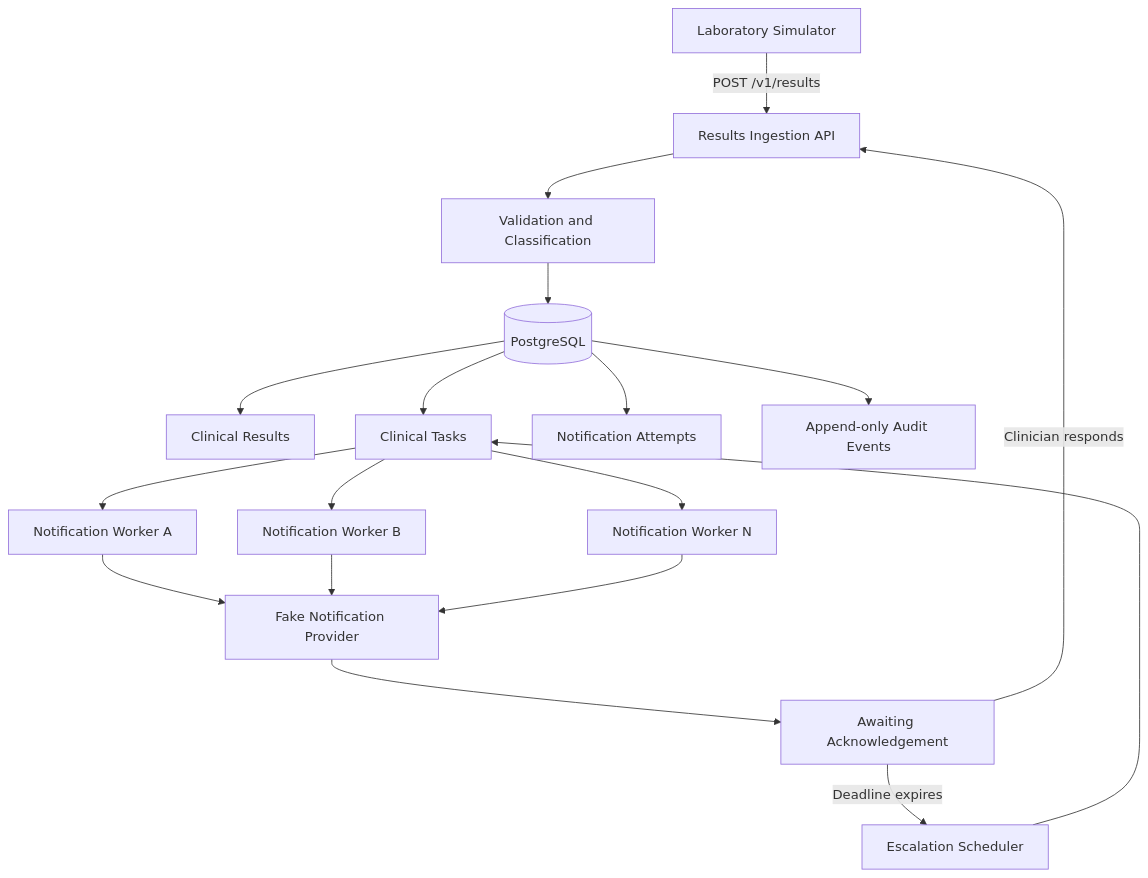
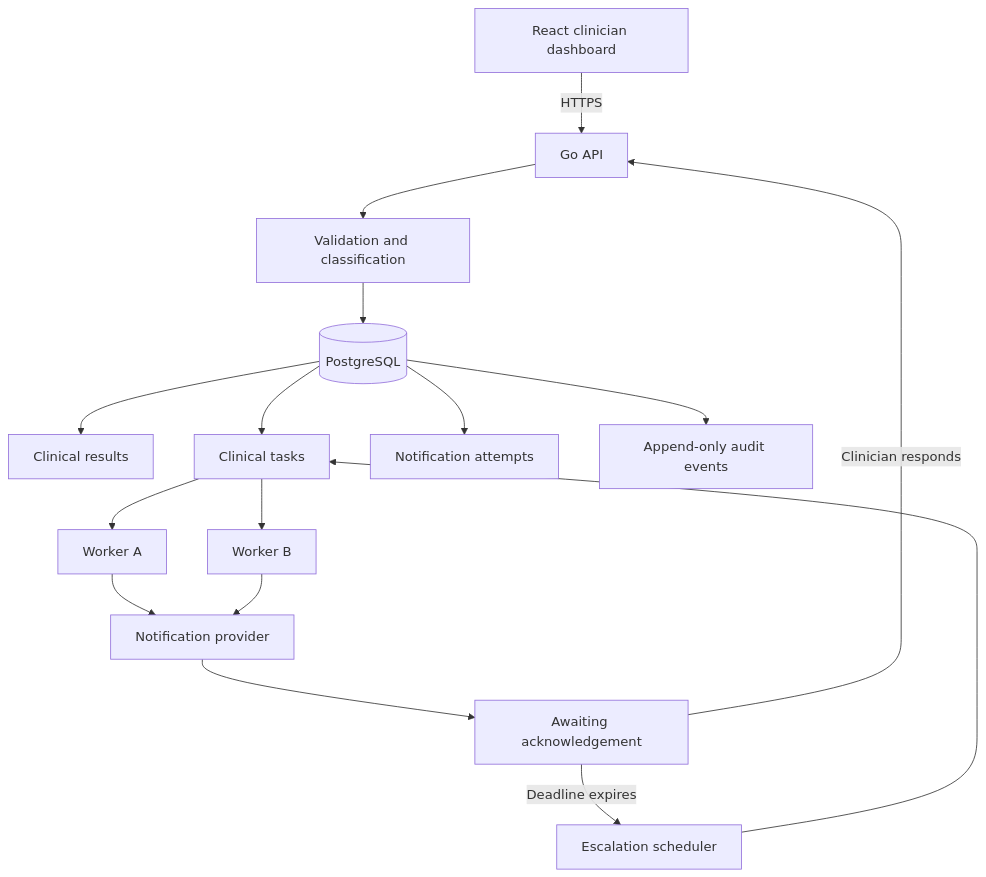
The first of 3 diagrams in README.md (shraddharanjan/clinical-results-escalation-engine), drawn with Mermaid before and after one commit. The commit also changed other lines of this file and 4 other files, not shown here.

````diff
--- a/README.md
+++ b/README.md
@@ -53,27 +53,21 @@
 ```mermaid
 flowchart TD
-    L[Laboratory Simulator] -->|POST /v1/results| API[Results Ingestion API]
-
-    API --> V[Validation and Classification]
+    UI[React clinician dashboard] -->|HTTPS| API[Go API]
+    API --> V[Validation and classification]
     V --> DB[(PostgreSQL)]
 
-    DB --> R[Clinical Results]
-    DB --> T[Clinical Tasks]
-    DB --> N[Notification Attempts]
-    DB --> A[Append-only Audit Events]
+    DB --> R[Clinical results]
+    DB --> T[Clinical tasks]
+    DB --> N[Notification attempts]
+    DB --> A[Append-only audit events]
 
-    T --> W1[Notification Worker A]
-    T --> W2[Notification Worker B]
-    T --> W3[Notification Worker N]
+    T --> W1[Worker A]
+    T --> W2[Worker B]
+    W1 --> P[Notification provider]
+    W2 --> P
 
-    W1 --> P[Fake Notification Provider]
-    W2 --> P
-    W3 --> P
-
-    P --> ACK[Awaiting Acknowledgement]
-
+    P --> ACK[Awaiting acknowledgement]
     ACK -->|Clinician responds| API
-    ACK -->|Deadline expires| S[Escalation Scheduler]
-
+    ACK -->|Deadline expires| S[Escalation scheduler]
     S --> T
 ```
````
